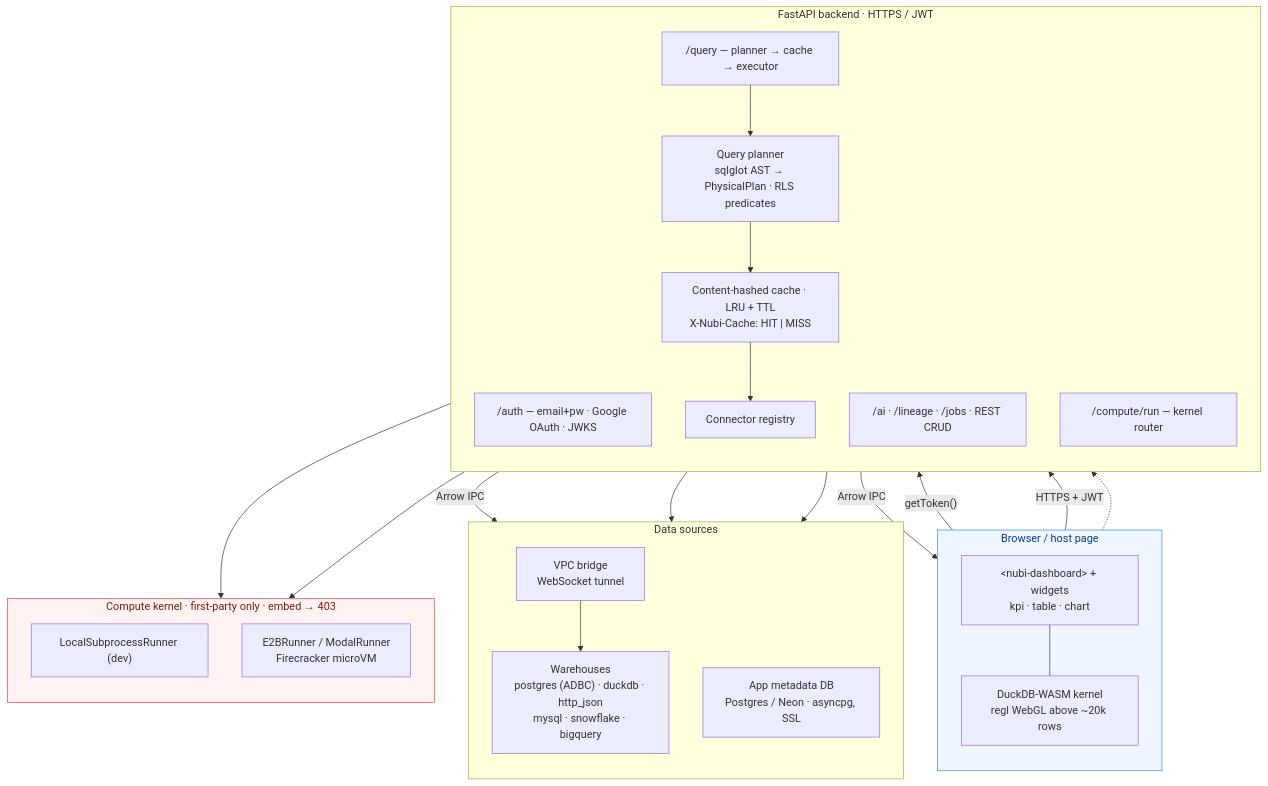
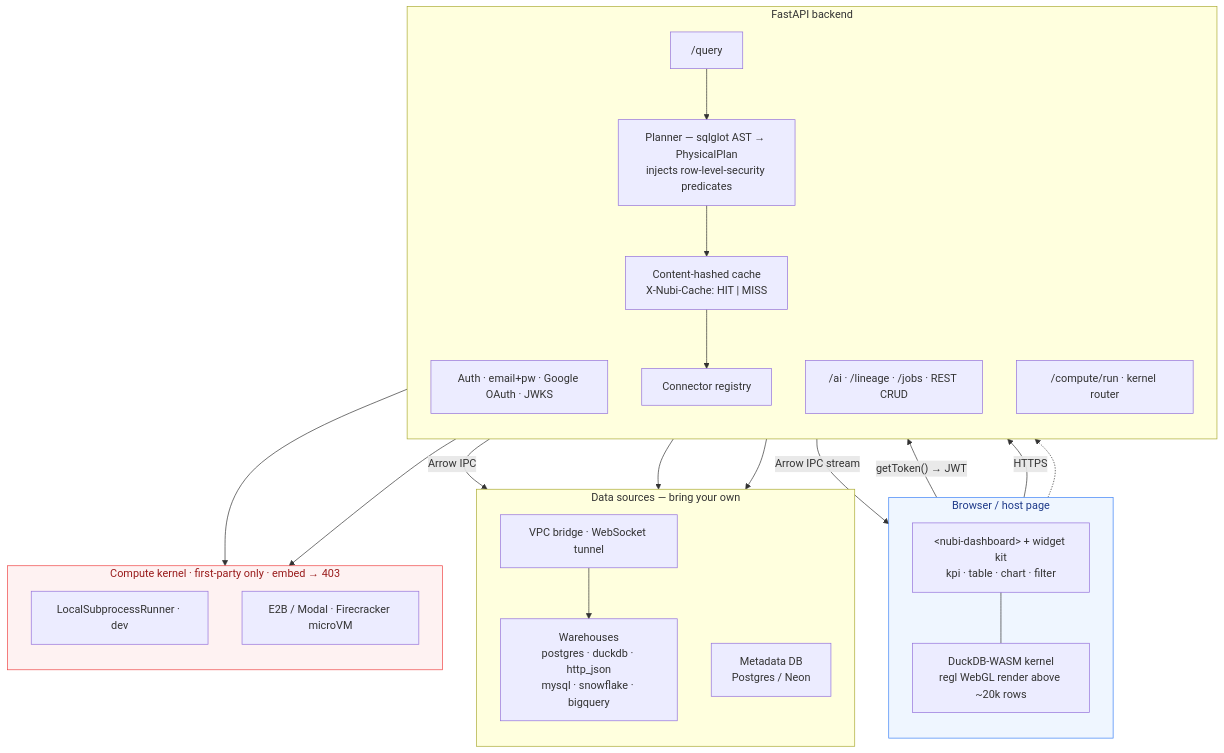
Before and after one commit to cognizance-processing/nubi: the diagram in README.md, drawn with Mermaid. The commit also changed other lines of this file, not shown here.

Commit message:
docs(readme): query-editor hero, refined architecture diagram, screenshots gallery
- Hero is now the query editor (light/dark), the strongest product shot.
- Reworked the Mermaid architecture diagram (render-verified via mermaid-cli):
  clearer query spine with RLS in the planner, cache HIT/MISS, the Arrow-IPC
  response path, BYO data sources, and the first-party kernel boundary.
- New Screenshots gallery (dashboard editor, flows, data browser, published
  dashboard) linking out to the relevant docs + the UI tour.
- Fixed stale repo slug imranparuk/nubi → nu-bi/nubi (stars badge + clone URL).

````diff
--- a/README.md
+++ b/README.md
@@ -156,49 +185,49 @@
 ```mermaid
 flowchart TD
-    subgraph Browser["Browser / host page"]
-        direction TB
-        DASH["&lt;nubi-dashboard&gt; + widgets<br/>kpi · table · chart"]
-        WASM["DuckDB-WASM kernel<br/>regl WebGL above ~20k rows"]
-        DASH --- WASM
-    end
+  subgraph client["Browser / host page"]
+    direction TB
+    DASH["&lt;nubi-dashboard&gt; + widget kit<br/>kpi · table · chart · filter"]
+    WASM["DuckDB-WASM kernel<br/>regl WebGL render above ~20k rows"]
+    DASH --- WASM
+  end
 
-    subgraph Backend["FastAPI backend · HTTPS / JWT"]
-        direction TB
-        AUTH["/auth — email+pw · Google OAuth · JWKS"]
-        QUERY["/query — planner → cache → executor"]
-        PLANNER["Query planner<br/>sqlglot AST → PhysicalPlan · RLS predicates"]
-        CACHE["Content-hashed cache · LRU + TTL<br/>X-Nubi-Cache: HIT | MISS"]
-        REG["Connector registry"]
-        EXTRA["/ai · /lineage · /jobs · REST CRUD"]
-        COMPUTE["/compute/run — kernel router"]
-        QUERY --> PLANNER --> CACHE --> REG
-    end
+  subgraph api["FastAPI backend"]
+    direction TB
+    AUTH["Auth · email+pw · Google OAuth · JWKS"]
+    QUERY["/query"]
+    PLAN["Planner — sqlglot AST → PhysicalPlan<br/>injects row-level-security predicates"]
+    CACHE["Content-hashed cache<br/>X-Nubi-Cache: HIT | MISS"]
+    REG["Connector registry"]
+    SVC["/ai · /lineage · /jobs · REST CRUD"]
+    KR["/compute/run · kernel router"]
+    QUERY --> PLAN --> CACHE --> REG
+  end
 
-    subgraph Sources["Data sources"]
-        direction TB
-        WH["Warehouses<br/>postgres (ADBC) · duckdb · http_json<br/>mysql · snowflake · bigquery"]
-        VPC["VPC bridge<br/>WebSocket tunnel"]
-        META["App metadata DB<br/>Postgres / Neon · asyncpg, SSL"]
-    end
+  subgraph data["Data sources — bring your own"]
+    direction TB
+    WH["Warehouses<br/>postgres · duckdb · http_json<br/>mysql · snowflake · bigquery"]
+    BRIDGE["VPC bridge · WebSocket tunnel"]
+    META["Metadata DB<br/>Postgres / Neon"]
+  end
 
-    subgraph Kernel["Compute kernel · first-party only · embed → 403"]
-        direction TB
-        LOCAL["LocalSubprocessRunner (dev)"]
-        PROD["E2BRunner / ModalRunner<br/>Firecracker microVM"]
-    end
+  subgraph compute["Compute kernel · first-party only · embed → 403"]
+    direction TB
+    LOCAL["LocalSubprocessRunner · dev"]
+    REMOTE["E2B / Modal · Firecracker microVM"]
+  end
 
-    DASH -- "getToken()" --> AUTH
-    DASH -- "HTTPS + JWT" --> QUERY
-    DASH -.-> EXTRA
-    QUERY -- "Arrow IPC" --> WASM
-    COMPUTE --> LOCAL
-    COMPUTE --> PROD
-    REG -- "Arrow IPC" --> WH
-    REG --> VPC --> WH
-    REG --> META
+  DASH -->|"getToken() → JWT"| AUTH
+  DASH -->|"HTTPS"| QUERY
+  DASH -.-> SVC
+  CACHE -->|"Arrow IPC stream"| WASM
+  REG -->|"Arrow IPC"| WH
+  REG --> BRIDGE --> WH
+  REG --> META
+  KR --> LOCAL
+  KR --> REMOTE
 
-    classDef browser fill:#eef6ff,stroke:#3b82f6,color:#0b3a82;
-    classDef secure fill:#fef3f2,stroke:#ef4444,color:#7a1d12;
-    class Browser browser;
-    class Kernel secure;
+  classDef client fill:#eff6ff,stroke:#3b82f6,color:#1e3a8a;
+  classDef secure fill:#fef2f2,stroke:#ef4444,color:#991b1b;
+  class client client;
+  class compute secure;
 ```
````
